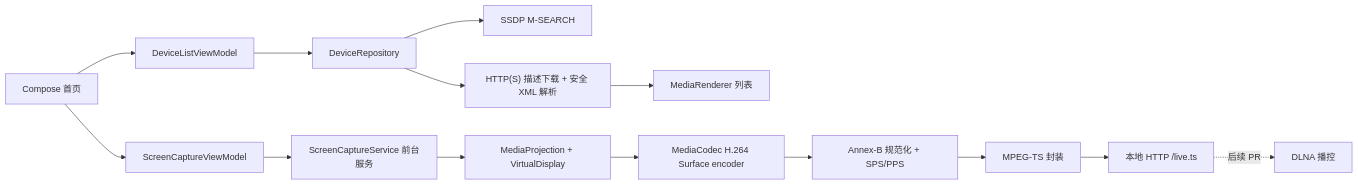
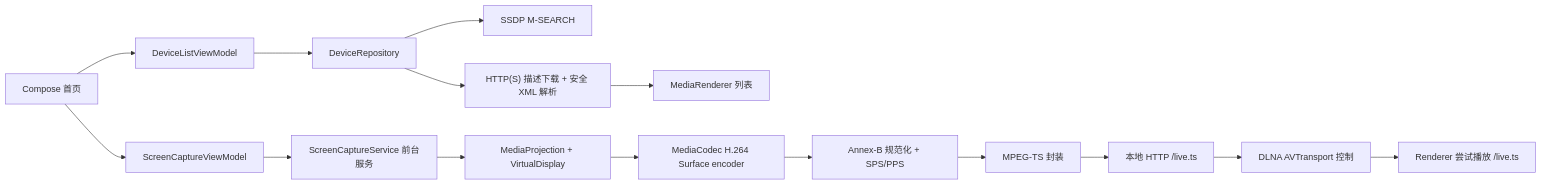
Before and after one commit to QieRong/DLNAScreenCastDemo: the diagram in README.md, drawn with Mermaid. The commit also changed other lines of this file and 17 other files, not shown here.

Commit message:
feat(dlna): add AVTransport renderer control

````diff
--- a/README.md
+++ b/README.md
@@ -21,16 +21,17 @@
 ```mermaid
 flowchart LR
     UI["Compose 首页"] --> DEVICE_VM["DeviceListViewModel"]
     DEVICE_VM --> REPOSITORY["DeviceRepository"]
     REPOSITORY --> SSDP["SSDP M-SEARCH"]
     REPOSITORY --> DESCRIPTION["HTTP(S) 描述下载 + 安全 XML 解析"]
     DESCRIPTION --> RENDERER["MediaRenderer 列表"]
     UI --> CAPTURE_VM["ScreenCaptureViewModel"]
     CAPTURE_VM --> SERVICE["ScreenCaptureService 前台服务"]
     SERVICE --> CAPTURE["MediaProjection + VirtualDisplay"]
     CAPTURE --> ENCODER["MediaCodec H.264 Surface encoder"]
     ENCODER --> NORMALIZER["Annex-B 规范化 + SPS/PPS"]
     NORMALIZER --> MUXER["MPEG-TS 封装"]
     MUXER --> STREAM["本地 HTTP /live.ts"]
-    STREAM -. 后续 PR .-> CONTROL["DLNA 播控"]
+    STREAM --> CONTROL["DLNA AVTransport 控制"]
+    CONTROL --> RENDERER_PLAY["Renderer 尝试播放 /live.ts"]
 ```
````
